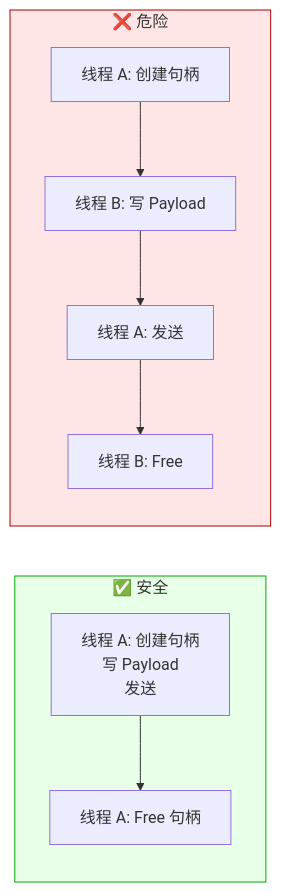
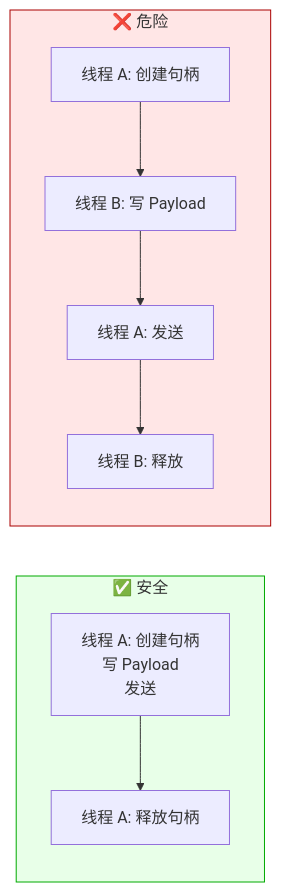
Before and after one commit to PassByYou888/LingoFuse: the first of 4 diagrams in doc/LF_Concurrent_Send.md, drawn with Mermaid. The commit also changed other lines of this file, not shown here.

````diff
--- a/doc/LF_Concurrent_Send.md
+++ b/doc/LF_Concurrent_Send.md
@@ -11,13 +11,13 @@
 ```mermaid
 flowchart LR
     subgraph OK["✅ 安全"]
-        A1["线程 A: 创建句柄<br/>写 Payload<br/>发送"] --> A2["线程 A: Free 句柄"]
+        A1["线程 A: 创建句柄<br/>写 Payload<br/>发送"] --> A2["线程 A: 释放句柄"]
     end
     subgraph NG["❌ 危险"]
         B1["线程 A: 创建句柄"] --> B2["线程 B: 写 Payload"]
-        B2 --> B3["线程 A: 发送"] --> B4["线程 B: Free"]
+        B2 --> B3["线程 A: 发送"] --> B4["线程 B: 释放"]
     end
 
     style OK fill:#e8ffe8,stroke:#0a0
     style NG fill:#ffe6e6,stroke:#a00
 ```
````
